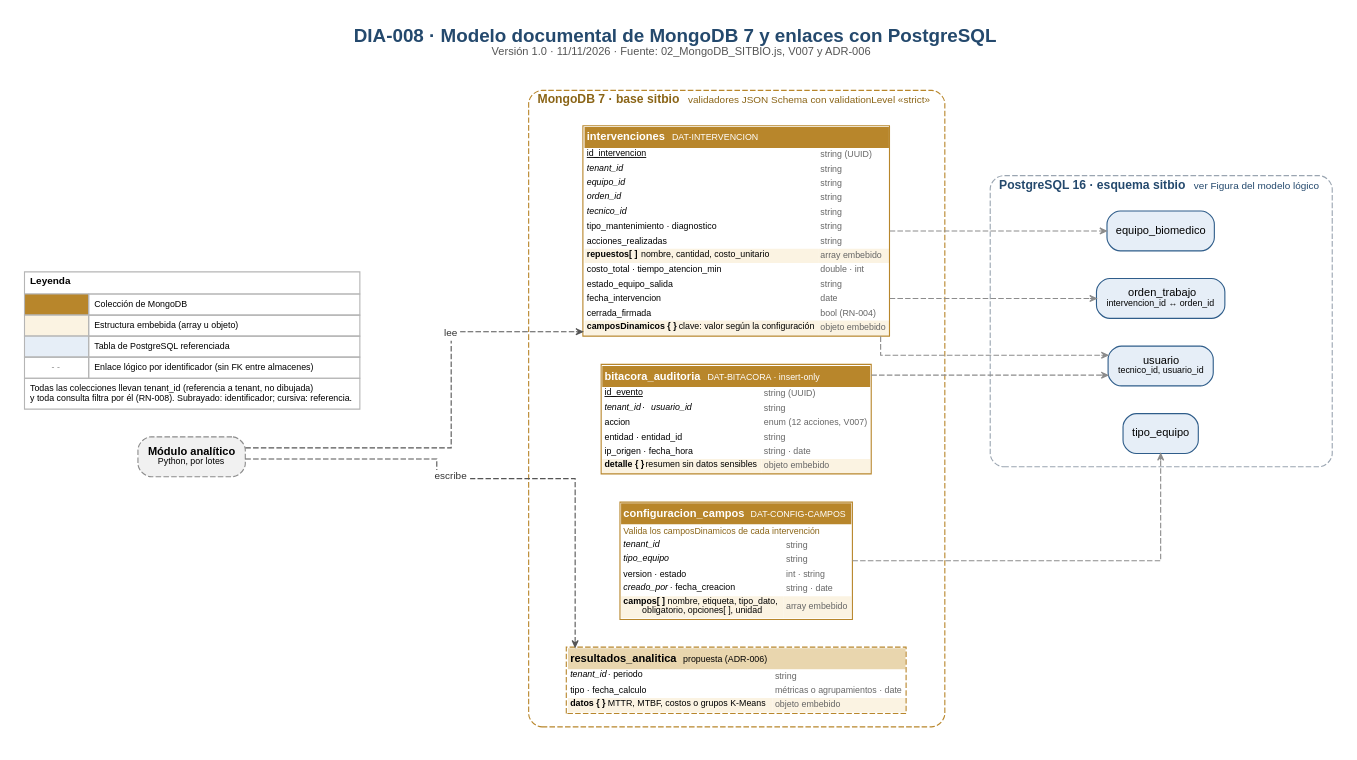
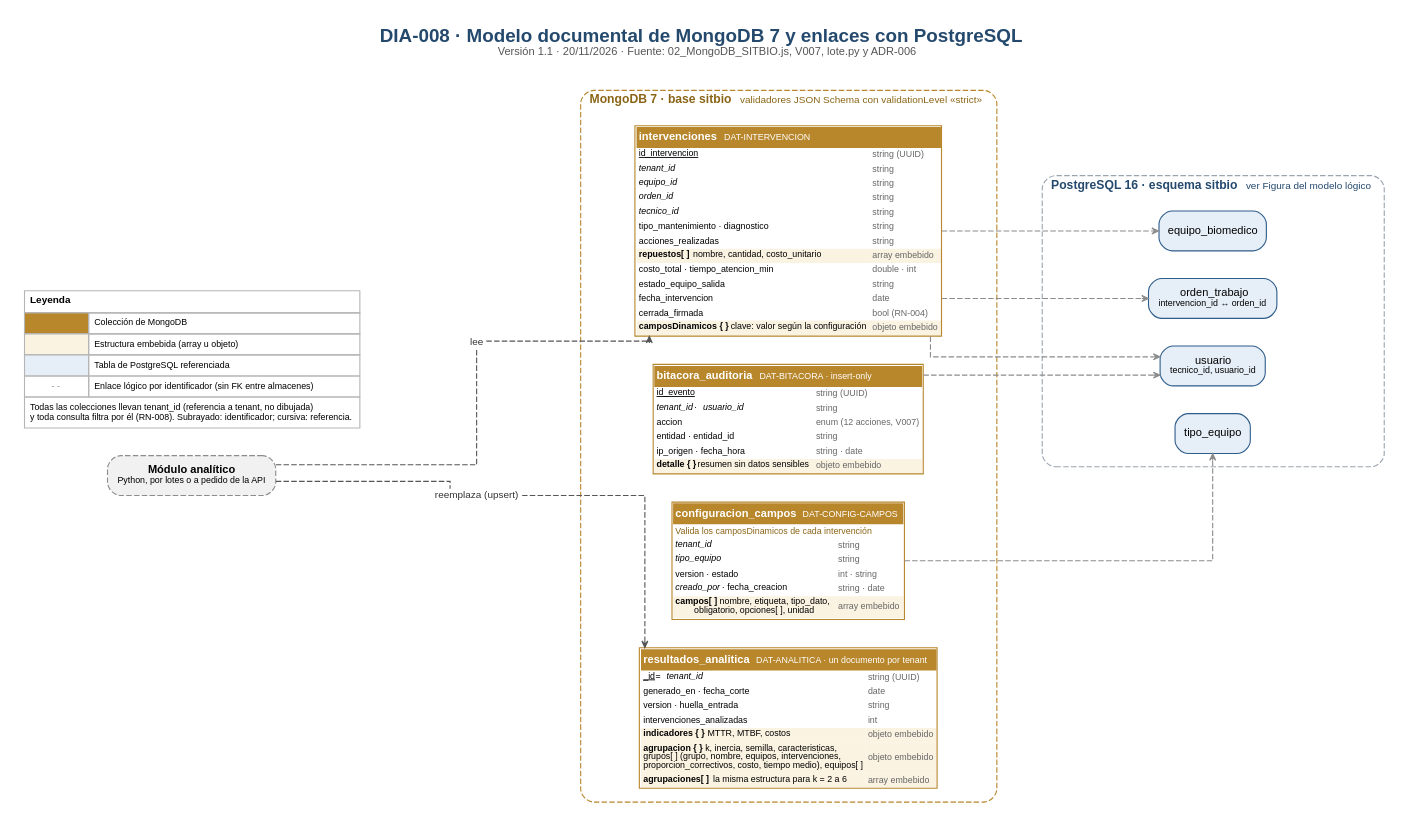
One commit to miguelangelOcampo/Sitbio changed the diagram in docs/arquitectura/datos/DIA-008_Modelo_documental.dot. Above: the diagram before and after it, drawn with Graphviz. The commit also changed 17 other files, not shown here.

Commit message:
docs: documentación del 20/11 — ADR-006 aceptado y ampliado, DOC-05 a DOC-09, diagramas DIA-002, 005, 006 y 008, y Go / No-Go de la v1.2.0 (#59)

```diff
--- a/docs/arquitectura/datos/DIA-008_Modelo_documental.dot
+++ b/docs/arquitectura/datos/DIA-008_Modelo_documental.dot
@@ -1,89 +1,93 @@
 // DIA-008 v1.0 (11/11/2026): modelo documental de MongoDB 7 y enlaces lógicos con PostgreSQL. Fuente: 02_MongoDB_SITBIO.js, V007__bitacora_acciones.js, ADR-006 y DOC-06 sección 8.3.
 digraph DIA008 {
-  graph [labelloc=t, fontsize=17, fontcolor="#24496D", label=<<b>DIA-008 · Modelo documental de MongoDB 7 y enlaces con PostgreSQL</b><br/><font point-size="10" color="#555555">Versión 1.0 · 11/11/2026 · Fuente: 02_MongoDB_SITBIO.js, V007 y ADR-006</font><br/> >, rankdir=LR, splines=ortho, nodesep=0.35, ranksep=0.9, fontname="Liberation Sans", bgcolor="white", pad=0.2, forcelabels=true, newrank=true];
+  graph [labelloc=t, fontsize=17, fontcolor="#24496D", label=<<b>DIA-008 · Modelo documental de MongoDB 7 y enlaces con PostgreSQL</b><br/><font point-size="10" color="#555555">Versión 1.1 · 20/11/2026 · Fuente: 02_MongoDB_SITBIO.js, V007, lote.py y ADR-006</font><br/> >, rankdir=LR, splines=ortho, nodesep=0.35, ranksep=0.9, fontname="Liberation Sans", bgcolor="white", pad=0.2, forcelabels=true, newrank=true];
   node [fontname="Liberation Sans", shape=plaintext, margin=0];
   edge [color="#8C8C8C", style=dashed, arrowsize=0.6, arrowhead=vee, fontname="Liberation Sans", fontsize=8, fontcolor="#555555"];
 
   subgraph cluster_mongo {
     label=<<b>MongoDB 7 · base sitbio</b>  <font point-size="9">validadores JSON Schema con validationLevel «strict»</font>>; fontsize=11; fontcolor="#8A6416"; style="rounded,dashed"; color="#B8862B"; margin=12;
 
     intv [label=<<table border="1" cellborder="0" cellspacing="0" cellpadding="2" color="#B8862B" bgcolor="#FFFFFF">
       <tr><td colspan="2" bgcolor="#B8862B" align="left"><font color="#FFFFFF" point-size="10"><b>intervenciones</b></font>  <font color="#FFFFFF" point-size="8">DAT-INTERVENCION</font></td></tr>
       <tr><td align="left"><font point-size="8.5"><u>id_intervencion</u></font></td><td align="left"><font point-size="8" color="#666666">string (UUID)</font></td></tr>
       <tr><td align="left" port="t"><font point-size="8.5"><i>tenant_id</i></font></td><td align="left"><font point-size="8" color="#666666">string</font></td></tr>
       <tr><td align="left" port="eq"><font point-size="8.5"><i>equipo_id</i></font></td><td align="left"><font point-size="8" color="#666666">string</font></td></tr>
       <tr><td align="left" port="ot"><font point-size="8.5"><i>orden_id</i></font></td><td align="left"><font point-size="8" color="#666666">string</font></td></tr>
       <tr><td align="left" port="tec"><font point-size="8.5"><i>tecnico_id</i></font></td><td align="left"><font point-size="8" color="#666666">string</font></td></tr>
       <tr><td align="left"><font point-size="8.5">tipo_mantenimiento · diagnostico</font></td><td align="left"><font point-size="8" color="#666666">string</font></td></tr>
       <tr><td align="left"><font point-size="8.5">acciones_realizadas</font></td><td align="left"><font point-size="8" color="#666666">string</font></td></tr>
       <tr><td align="left" bgcolor="#FBF3E2"><font point-size="8.5"><b>repuestos[ ]</b> nombre, cantidad, costo_unitario</font></td><td align="left" bgcolor="#FBF3E2"><font point-size="8" color="#666666">array embebido</font></td></tr>
       <tr><td align="left"><font point-size="8.5">costo_total · tiempo_atencion_min</font></td><td align="left"><font point-size="8" color="#666666">double · int</font></td></tr>
       <tr><td align="left"><font point-size="8.5">estado_equipo_salida</font></td><td align="left"><font point-size="8" color="#666666">string</font></td></tr>
       <tr><td align="left"><font point-size="8.5">fecha_intervencion</font></td><td align="left"><font point-size="8" color="#666666">date</font></td></tr>
       <tr><td align="left"><font point-size="8.5">cerrada_firmada</font></td><td align="left"><font point-size="8" color="#666666">bool (RN-004)</font></td></tr>
       <tr><td align="left" bgcolor="#FBF3E2"><font point-size="8.5"><b>camposDinamicos { }</b> clave: valor según la configuración</font></td><td align="left" bgcolor="#FBF3E2"><font point-size="8" color="#666666">objeto embebido</font></td></tr>
     </table>>];
 
     cfg [label=<<table border="1" cellborder="0" cellspacing="0" cellpadding="2" color="#B8862B" bgcolor="#FFFFFF">
       <tr><td colspan="2" bgcolor="#B8862B" align="left"><font color="#FFFFFF" point-size="10"><b>configuracion_campos</b></font>  <font color="#FFFFFF" point-size="8">DAT-CONFIG-CAMPOS</font></td></tr>
       <tr><td colspan="2" align="left"><font point-size="8" color="#8A6416">Valida los camposDinamicos de cada intervención</font></td></tr>
       <tr><td align="left"><font point-size="8.5"><i>tenant_id</i></font></td><td align="left"><font point-size="8" color="#666666">string</font></td></tr>
       <tr><td align="left"><font point-size="8.5"><i>tipo_equipo</i></font></td><td align="left"><font point-size="8" color="#666666">string</font></td></tr>
       <tr><td align="left"><font point-size="8.5">version · estado</font></td><td align="left"><font point-size="8" color="#666666">int · string</font></td></tr>
       <tr><td align="left"><font point-size="8.5"><i>creado_por</i> · fecha_creacion</font></td><td align="left"><font point-size="8" color="#666666">string · date</font></td></tr>
       <tr><td align="left" bgcolor="#FBF3E2"><font point-size="8.5"><b>campos[ ]</b> nombre, etiqueta, tipo_dato,<br align="left"/>obligatorio, opciones[ ], unidad</font></td><td align="left" bgcolor="#FBF3E2"><font point-size="8" color="#666666">array embebido</font></td></tr>
     </table>>];
 
     bit [label=<<table border="1" cellborder="0" cellspacing="0" cellpadding="2" color="#B8862B" bgcolor="#FFFFFF">
       <tr><td colspan="2" bgcolor="#B8862B" align="left"><font color="#FFFFFF" point-size="10"><b>bitacora_auditoria</b></font>  <font color="#FFFFFF" point-size="8">DAT-BITACORA · insert-only</font></td></tr>
       <tr><td align="left"><font point-size="8.5"><u>id_evento</u></font></td><td align="left"><font point-size="8" color="#666666">string (UUID)</font></td></tr>
       <tr><td align="left"><font point-size="8.5"><i>tenant_id</i> · <i>usuario_id</i></font></td><td align="left"><font point-size="8" color="#666666">string</font></td></tr>
       <tr><td align="left"><font point-size="8.5">accion</font></td><td align="left"><font point-size="8" color="#666666">enum (12 acciones, V007)</font></td></tr>
       <tr><td align="left"><font point-size="8.5">entidad · entidad_id</font></td><td align="left"><font point-size="8" color="#666666">string</font></td></tr>
       <tr><td align="left"><font point-size="8.5">ip_origen · fecha_hora</font></td><td align="left"><font point-size="8" color="#666666">string · date</font></td></tr>
       <tr><td align="left" bgcolor="#FBF3E2"><font point-size="8.5"><b>detalle { }</b> resumen sin datos sensibles</font></td><td align="left" bgcolor="#FBF3E2"><font point-size="8" color="#666666">objeto embebido</font></td></tr>
     </table>>];
 
-    res [label=<<table border="1" cellborder="0" cellspacing="0" cellpadding="2" color="#B8862B" bgcolor="#FFFFFF" style="dashed">
-      <tr><td colspan="2" bgcolor="#E9D6AE" align="left"><font point-size="10"><b>resultados_analitica</b></font>  <font point-size="8">propuesta (ADR-006)</font></td></tr>
-      <tr><td align="left"><font point-size="8.5"><i>tenant_id</i> · periodo</font></td><td align="left"><font point-size="8" color="#666666">string</font></td></tr>
-      <tr><td align="left"><font point-size="8.5">tipo · fecha_calculo</font></td><td align="left"><font point-size="8" color="#666666">métricas o agrupamientos · date</font></td></tr>
-      <tr><td align="left" bgcolor="#FBF3E2"><font point-size="8.5"><b>datos { }</b> MTTR, MTBF, costos o grupos K-Means</font></td><td align="left" bgcolor="#FBF3E2"><font point-size="8" color="#666666">objeto embebido</font></td></tr>
+    res [label=<<table border="1" cellborder="0" cellspacing="0" cellpadding="2" color="#B8862B" bgcolor="#FFFFFF">
+      <tr><td colspan="2" bgcolor="#B8862B" align="left"><font color="#FFFFFF" point-size="10"><b>resultados_analitica</b></font>  <font color="#FFFFFF" point-size="8">DAT-ANALITICA · un documento por tenant</font></td></tr>
+      <tr><td align="left"><font point-size="8.5"><u>_id</u> = <i>tenant_id</i></font></td><td align="left"><font point-size="8" color="#666666">string (UUID)</font></td></tr>
+      <tr><td align="left"><font point-size="8.5">generado_en · fecha_corte</font></td><td align="left"><font point-size="8" color="#666666">date</font></td></tr>
+      <tr><td align="left"><font point-size="8.5">version · huella_entrada</font></td><td align="left"><font point-size="8" color="#666666">string</font></td></tr>
+      <tr><td align="left"><font point-size="8.5">intervenciones_analizadas</font></td><td align="left"><font point-size="8" color="#666666">int</font></td></tr>
+      <tr><td align="left" bgcolor="#FBF3E2"><font point-size="8.5"><b>indicadores { }</b> MTTR, MTBF, costos</font></td><td align="left" bgcolor="#FBF3E2"><font point-size="8" color="#666666">objeto embebido</font></td></tr>
+      <tr><td align="left" bgcolor="#FBF3E2"><font point-size="8.5"><b>agrupacion { }</b> k, inercia, semilla, caracteristicas,<br align="left"/>grupos[ ] (grupo, nombre, equipos, intervenciones,<br align="left"/>proporcion_correctivos, costo, tiempo medio), equipos[ ]</font></td><td align="left" bgcolor="#FBF3E2"><font point-size="8" color="#666666">objeto embebido</font></td></tr>
+      <tr><td align="left" bgcolor="#FBF3E2"><font point-size="8.5"><b>agrupaciones[ ]</b> la misma estructura para k = 2 a 6</font></td><td align="left" bgcolor="#FBF3E2"><font point-size="8" color="#666666">array embebido</font></td></tr>
     </table>>];
   }
 
   subgraph cluster_pg {
     label=<<b>PostgreSQL 16 · esquema sitbio</b>  <font point-size="9">ver Figura del modelo lógico</font>>; fontsize=11; fontcolor="#24496D"; style="rounded,dashed"; color="#9AA5B1"; margin=12;
     node [shape=box, style="rounded,filled", fillcolor="#E6EEF7", color="#2F5D8A", fontsize=10, margin="0.12,0.06"];
     peq  [label="equipo_biomedico"];
     pot  [label=<orden_trabajo<br/><font point-size="8">intervencion_id ↔ orden_id</font>>];
     pusu [label=<usuario<br/><font point-size="8">tecnico_id, usuario_id</font>>];
     ptip [label="tipo_equipo"];
   }
 
-  py [shape=box, style="rounded,dashed,filled", fillcolor="#F1F1F1", color="#8C8C8C", fontsize=10, margin="0.12,0.06", label=<<b>Módulo analítico</b><br/><font point-size="8">Python, por lotes</font>>];
+  py [shape=box, style="rounded,dashed,filled", fillcolor="#F1F1F1", color="#8C8C8C", fontsize=10, margin="0.12,0.06", label=<<b>Módulo analítico</b><br/><font point-size="8">Python, por lotes o a pedido de la API</font>>];
 
   intv -> pot;
   intv -> peq;
   intv -> pusu;
   cfg  -> ptip;
   bit  -> pusu;
   py -> lbl1 [color="#555555", arrowhead=none];
   lbl1 -> intv [color="#555555"];
   py -> lbl2 [color="#555555", arrowhead=none];
   lbl2 -> res [color="#555555"];
 
   {rank=same; intv; cfg; bit; res}
   {rank=same; pot; peq; pusu; ptip}
   {rank=same; py; legend}
   legend [label=<<table border="0" cellborder="1" cellspacing="0" cellpadding="4" color="#B5B5B5">
    <tr><td colspan="2" align="left"><font point-size="9"><b>Leyenda</b></font></td></tr>
    <tr><td bgcolor="#B8862B" width="22"></td><td align="left"><font point-size="8.5">Colección de MongoDB</font></td></tr>
    <tr><td bgcolor="#FBF3E2" width="22"></td><td align="left"><font point-size="8.5">Estructura embebida (array u objeto)</font></td></tr>
    <tr><td bgcolor="#E6EEF7" width="22"></td><td align="left"><font point-size="8.5">Tabla de PostgreSQL referenciada</font></td></tr>
    <tr><td width="22"><font point-size="8.5" color="#8C8C8C">- -</font></td><td align="left"><font point-size="8.5">Enlace lógico por identificador (sin FK entre almacenes)</font></td></tr>
    <tr><td colspan="2" align="left"><font point-size="8.5">Todas las colecciones llevan tenant_id (referencia a tenant, no dibujada)<br align="left"/>y toda consulta filtra por él (RN-008). Subrayado: identificador; cursiva: referencia.</font></td></tr>
   </table>>];
     lbl1 [shape=box, style="filled", fillcolor="white", color="white", label="lee", fontsize=9, fontcolor="#333333", margin="0.03,0.01", width=0, height=0];
-    lbl2 [shape=box, style="filled", fillcolor="white", color="white", label="escribe", fontsize=9, fontcolor="#333333", margin="0.03,0.01", width=0, height=0];
+    lbl2 [shape=box, style="filled", fillcolor="white", color="white", label="reemplaza (upsert)", fontsize=9, fontcolor="#333333", margin="0.03,0.01", width=0, height=0];
 }
```
